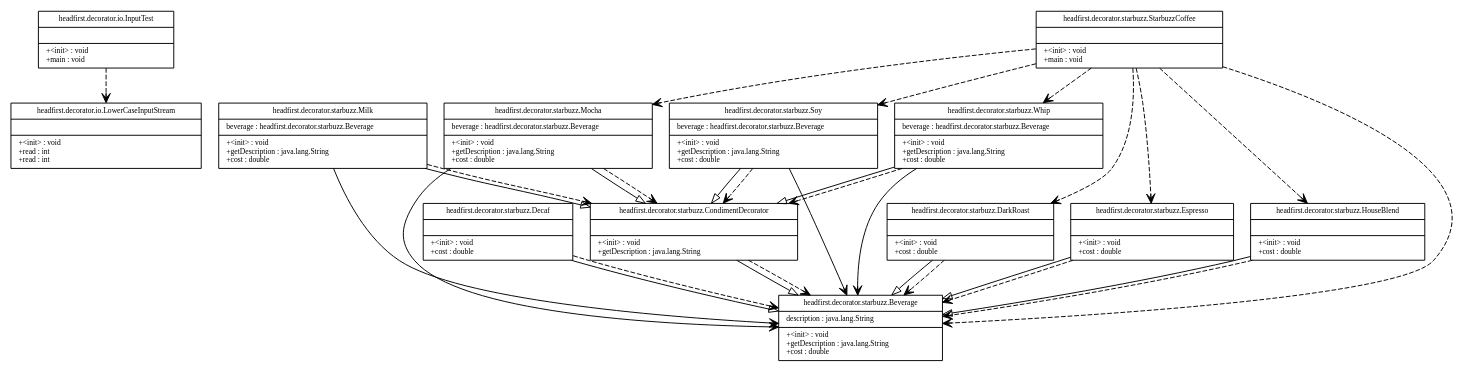
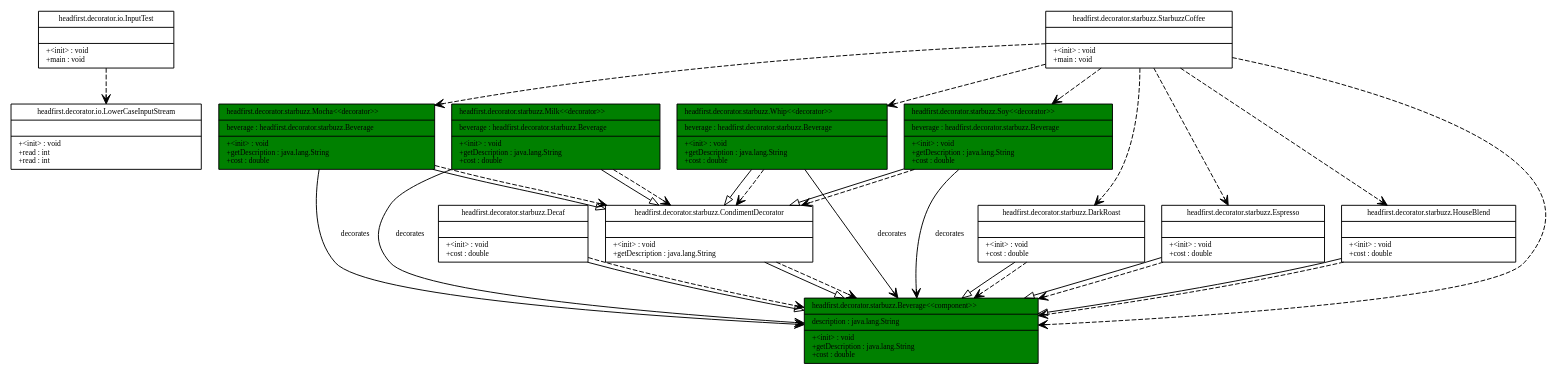
The diagram in dot/out.dot (schnip/BluePizzaDiagrams), drawn with Graphviz before and after one commit. The commit also changed 2 other files, not shown here.

```diff
--- a/dot/out.dot
+++ b/dot/out.dot
@@ -1,133 +1,143 @@
 digraph G {
 fontname = "Bitstream Vera Sans"
 fontsize = 8
 node [
 fontname = "Bitstream Vera Sans"
 fontsize = 8
 shape = "record"
 ]
 edge [
 fontname = "Bitstream Vera Sans"
 fontsize = 8
 ]
 headfirstdecoratorioInputTest [
 label = "{headfirst.decorator.io.InputTest||+\<init\> : void\l+main : void\l}"
 ]
 headfirstdecoratorioLowerCaseInputStream [
 label = "{headfirst.decorator.io.LowerCaseInputStream||+\<init\> : void\l+read : int\l+read : int\l}"
 ]
 headfirstdecoratorstarbuzzBeverage [
-label = "{headfirst.decorator.starbuzz.Beverage|description : java.lang.String\l|+\<init\> : void\l+getDescription : java.lang.String\l+cost : double\l}"
+fillcolor=green, style=filled,
+label = "{headfirst.decorator.starbuzz.Beverage
+\<\<component\>\>\l|description : java.lang.String\l|+\<init\> : void\l+getDescription : java.lang.String\l+cost : double\l}"
 ]
 headfirstdecoratorstarbuzzCondimentDecorator [
 label = "{headfirst.decorator.starbuzz.CondimentDecorator||+\<init\> : void\l+getDescription : java.lang.String\l}"
 ]
 headfirstdecoratorstarbuzzDarkRoast [
 label = "{headfirst.decorator.starbuzz.DarkRoast||+\<init\> : void\l+cost : double\l}"
 ]
 headfirstdecoratorstarbuzzDecaf [
 label = "{headfirst.decorator.starbuzz.Decaf||+\<init\> : void\l+cost : double\l}"
 ]
 headfirstdecoratorstarbuzzEspresso [
 label = "{headfirst.decorator.starbuzz.Espresso||+\<init\> : void\l+cost : double\l}"
 ]
 headfirstdecoratorstarbuzzHouseBlend [
 label = "{headfirst.decorator.starbuzz.HouseBlend||+\<init\> : void\l+cost : double\l}"
 ]
 headfirstdecoratorstarbuzzMilk [
-label = "{headfirst.decorator.starbuzz.Milk|beverage : headfirst.decorator.starbuzz.Beverage\l|+\<init\> : void\l+getDescription : java.lang.String\l+cost : double\l}"
+fillcolor=green, style=filled,
+label = "{headfirst.decorator.starbuzz.Milk
+\<\<decorator\>\>\l|beverage : headfirst.decorator.starbuzz.Beverage\l|+\<init\> : void\l+getDescription : java.lang.String\l+cost : double\l}"
 ]
 headfirstdecoratorstarbuzzMocha [
-label = "{headfirst.decorator.starbuzz.Mocha|beverage : headfirst.decorator.starbuzz.Beverage\l|+\<init\> : void\l+getDescription : java.lang.String\l+cost : double\l}"
+fillcolor=green, style=filled,
+label = "{headfirst.decorator.starbuzz.Mocha
+\<\<decorator\>\>\l|beverage : headfirst.decorator.starbuzz.Beverage\l|+\<init\> : void\l+getDescription : java.lang.String\l+cost : double\l}"
 ]
 headfirstdecoratorstarbuzzSoy [
-label = "{headfirst.decorator.starbuzz.Soy|beverage : headfirst.decorator.starbuzz.Beverage\l|+\<init\> : void\l+getDescription : java.lang.String\l+cost : double\l}"
+fillcolor=green, style=filled,
+label = "{headfirst.decorator.starbuzz.Soy
+\<\<decorator\>\>\l|beverage : headfirst.decorator.starbuzz.Beverage\l|+\<init\> : void\l+getDescription : java.lang.String\l+cost : double\l}"
 ]
 headfirstdecoratorstarbuzzStarbuzzCoffee [
 label = "{headfirst.decorator.starbuzz.StarbuzzCoffee||+\<init\> : void\l+main : void\l}"
 ]
 headfirstdecoratorstarbuzzWhip [
-label = "{headfirst.decorator.starbuzz.Whip|beverage : headfirst.decorator.starbuzz.Beverage\l|+\<init\> : void\l+getDescription : java.lang.String\l+cost : double\l}"
+fillcolor=green, style=filled,
+label = "{headfirst.decorator.starbuzz.Whip
+\<\<decorator\>\>\l|beverage : headfirst.decorator.starbuzz.Beverage\l|+\<init\> : void\l+getDescription : java.lang.String\l+cost : double\l}"
 ]
 edge [ arrowhead = "empty", style = "none"  ]
 headfirstdecoratorstarbuzzMilk -> headfirstdecoratorstarbuzzCondimentDecorator
 edge [ arrowhead = "empty", style = "none"  ]
 headfirstdecoratorstarbuzzDecaf -> headfirstdecoratorstarbuzzBeverage
 edge [ arrowhead = "empty", style = "none"  ]
 headfirstdecoratorstarbuzzWhip -> headfirstdecoratorstarbuzzCondimentDecorator
 edge [ arrowhead = "empty", style = "none"  ]
 headfirstdecoratorstarbuzzEspresso -> headfirstdecoratorstarbuzzBeverage
 edge [ arrowhead = "empty", style = "none"  ]
 headfirstdecoratorstarbuzzSoy -> headfirstdecoratorstarbuzzCondimentDecorator
 edge [ arrowhead = "empty", style = "none"  ]
 headfirstdecoratorstarbuzzDarkRoast -> headfirstdecoratorstarbuzzBeverage
 edge [ arrowhead = "empty", style = "none"  ]
 headfirstdecoratorstarbuzzHouseBlend -> headfirstdecoratorstarbuzzBeverage
 edge [ arrowhead = "empty", style = "none"  ]
 headfirstdecoratorstarbuzzCondimentDecorator -> headfirstdecoratorstarbuzzBeverage
 edge [ arrowhead = "empty", style = "none"  ]
 headfirstdecoratorstarbuzzMocha -> headfirstdecoratorstarbuzzCondimentDecorator
 edge [ arrowhead = "vee", style = "dashed" 
  ]
 headfirstdecoratorstarbuzzMilk -> headfirstdecoratorstarbuzzCondimentDecorator
 edge [ arrowhead = "vee", style = "dashed" 
  ]
 headfirstdecoratorstarbuzzStarbuzzCoffee -> headfirstdecoratorstarbuzzEspresso
 edge [ arrowhead = "vee", style = "dashed" 
  ]
 headfirstdecoratorstarbuzzWhip -> headfirstdecoratorstarbuzzCondimentDecorator
 edge [ arrowhead = "vee", style = "dashed" 
  ]
 headfirstdecoratorstarbuzzSoy -> headfirstdecoratorstarbuzzCondimentDecorator
 edge [ arrowhead = "vee", style = "dashed" 
  ]
 headfirstdecoratorstarbuzzStarbuzzCoffee -> headfirstdecoratorstarbuzzHouseBlend
 edge [ arrowhead = "vee", style = "dashed" 
  ]
 headfirstdecoratorstarbuzzStarbuzzCoffee -> headfirstdecoratorstarbuzzSoy
 edge [ arrowhead = "vee", style = "dashed" 
  ]
 headfirstdecoratorioInputTest -> headfirstdecoratorioLowerCaseInputStream
 edge [ arrowhead = "vee", style = "dashed" 
  ]
 headfirstdecoratorstarbuzzDecaf -> headfirstdecoratorstarbuzzBeverage
 edge [ arrowhead = "vee", style = "dashed" 
  ]
 headfirstdecoratorstarbuzzEspresso -> headfirstdecoratorstarbuzzBeverage
 edge [ arrowhead = "vee", style = "dashed" 
  ]
 headfirstdecoratorstarbuzzStarbuzzCoffee -> headfirstdecoratorstarbuzzMocha
 edge [ arrowhead = "vee", style = "dashed" 
  ]
 headfirstdecoratorstarbuzzStarbuzzCoffee -> headfirstdecoratorstarbuzzWhip
 edge [ arrowhead = "vee", style = "dashed" 
  ]
 headfirstdecoratorstarbuzzDarkRoast -> headfirstdecoratorstarbuzzBeverage
 edge [ arrowhead = "vee", style = "dashed" 
  ]
 headfirstdecoratorstarbuzzHouseBlend -> headfirstdecoratorstarbuzzBeverage
 edge [ arrowhead = "vee", style = "dashed" 
  ]
 headfirstdecoratorstarbuzzStarbuzzCoffee -> headfirstdecoratorstarbuzzBeverage
 edge [ arrowhead = "vee", style = "dashed" 
  ]
 headfirstdecoratorstarbuzzStarbuzzCoffee -> headfirstdecoratorstarbuzzDarkRoast
 edge [ arrowhead = "vee", style = "dashed" 
  ]
 headfirstdecoratorstarbuzzCondimentDecorator -> headfirstdecoratorstarbuzzBeverage
 edge [ arrowhead = "vee", style = "dashed" 
  ]
 headfirstdecoratorstarbuzzMocha -> headfirstdecoratorstarbuzzCondimentDecorator
 edge [ arrowhead = "vee", style = "none" 
- ]
+, label = "decorates" ]
 headfirstdecoratorstarbuzzMilk -> headfirstdecoratorstarbuzzBeverage
 edge [ arrowhead = "vee", style = "none" 
- ]
+, label = "decorates" ]
 headfirstdecoratorstarbuzzWhip -> headfirstdecoratorstarbuzzBeverage
 edge [ arrowhead = "vee", style = "none" 
- ]
+, label = "decorates" ]
 headfirstdecoratorstarbuzzSoy -> headfirstdecoratorstarbuzzBeverage
 edge [ arrowhead = "vee", style = "none" 
- ]
+, label = "decorates" ]
 headfirstdecoratorstarbuzzMocha -> headfirstdecoratorstarbuzzBeverage
 }
```
